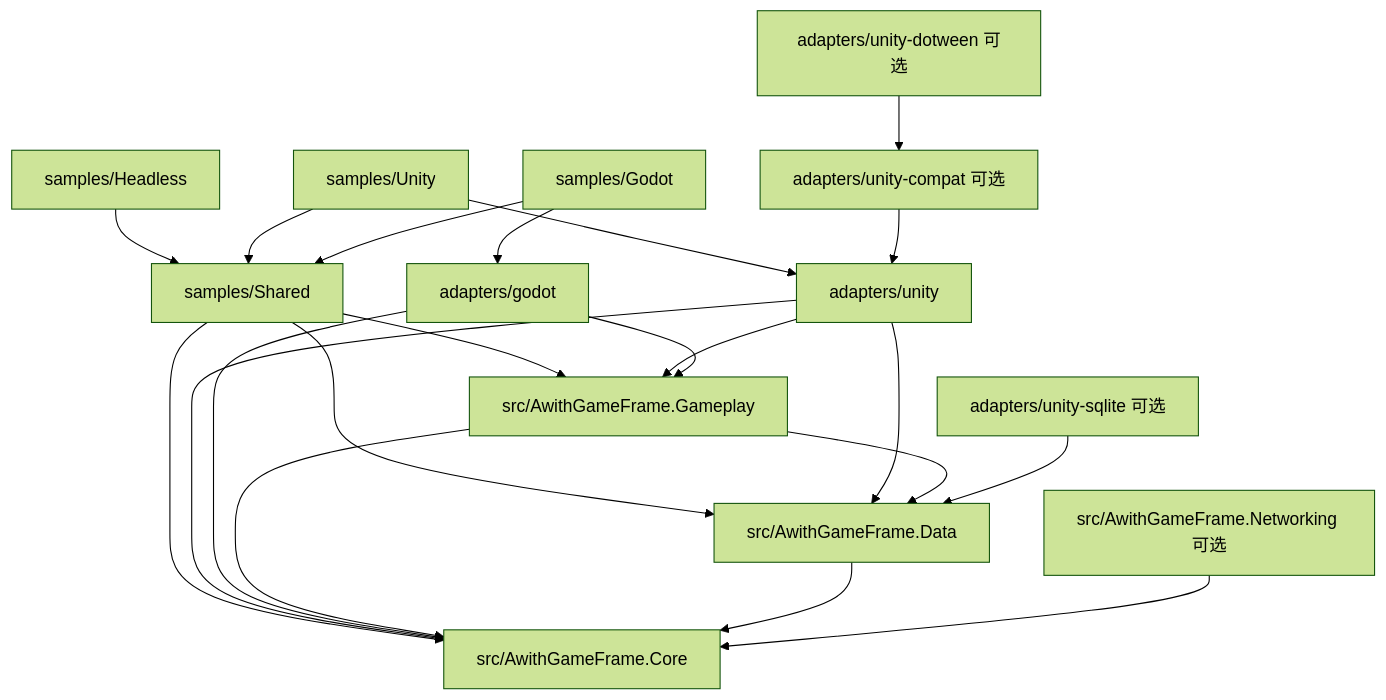
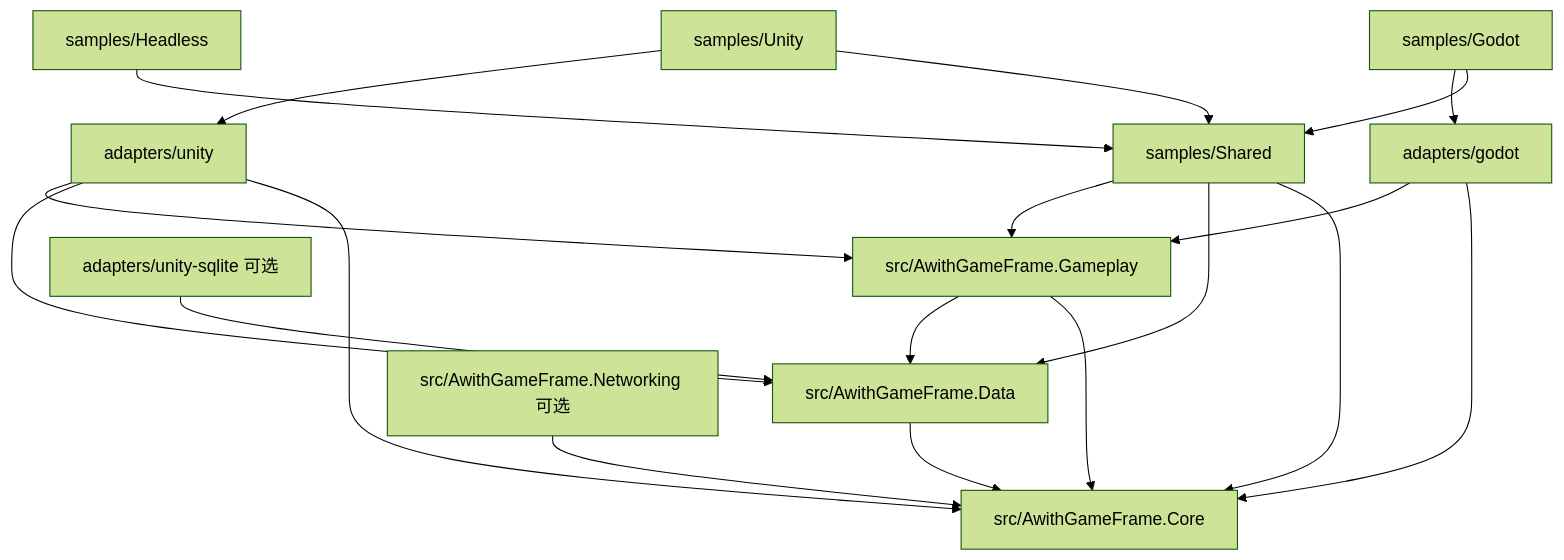
Before and after one commit to qian488/AwithGameFramework: the diagram in docs/architecture/overview.md, drawn with Mermaid (forest theme). The commit also changed other lines of this file and 1273 other files, not shown here.

````diff
--- a/docs/architecture/overview.md
+++ b/docs/architecture/overview.md
@@ -9,23 +9,21 @@
 ```mermaid
 graph TD
     UnitySample[samples/Unity] --> Unity[adapters/unity]
     GodotSample[samples/Godot] --> Godot[adapters/godot]
     Headless[samples/Headless] --> Shared[samples/Shared]
     UnitySample --> Shared
     GodotSample --> Shared
     Shared --> Gameplay
     Shared --> Data
     Shared --> Core
     Unity --> Gameplay[src/AwithGameFrame.Gameplay]
     Unity --> Data[src/AwithGameFrame.Data]
     Unity --> Core[src/AwithGameFrame.Core]
     Godot --> Gameplay
     Godot --> Core
     Gameplay --> Data
     Gameplay --> Core
     Data --> Core
     Networking[src/AwithGameFrame.Networking 可选] --> Core
-    Compatibility[adapters/unity-compat 可选] --> Unity
-    DOTween[adapters/unity-dotween 可选] --> Compatibility
     SQLite[adapters/unity-sqlite 可选] --> Data
 ```
````
